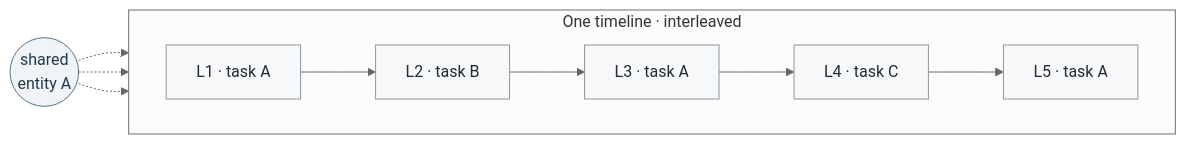
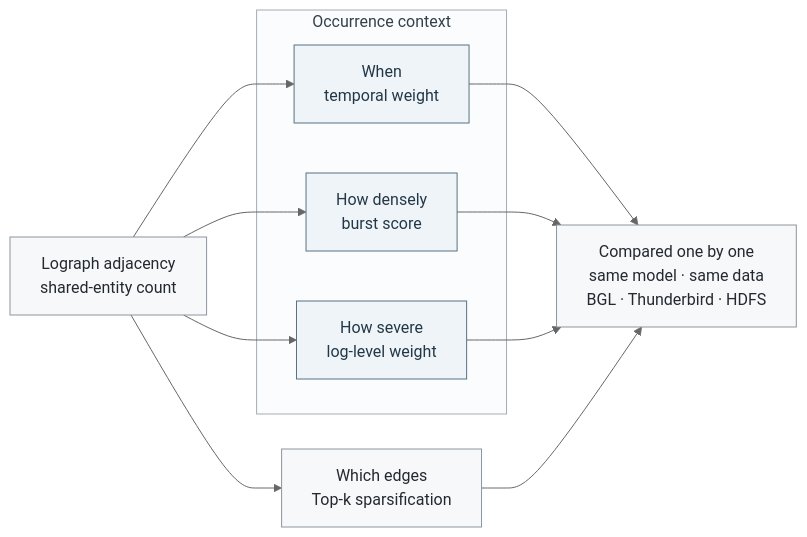
One commit to prosild/prosild changed the first of 2 diagrams in README.md. Above: the diagram before and after it, drawn with Mermaid (neutral theme). The commit also changed other lines of this file, not shown here.

````diff
--- a/README.md
+++ b/README.md
@@ -44,16 +48,30 @@
 ```mermaid
 flowchart LR
-    subgraph TL["One timeline · interleaved"]
-        direction LR
-        L1["L1 · task A"] --> L2["L2 · task B"] --> L3["L3 · task A"] --> L4["L4 · task C"] --> L5["L5 · task A"]
+    A["Lograph adjacency<br/>shared-entity count"]
+
+    subgraph C["Occurrence context"]
+        T["When<br/>temporal weight"]
+        B["How densely<br/>burst score"]
+        L["How severe<br/>log-level weight"]
     end
-    E(("shared<br/>entity A"))
-    E -.-> L1
-    E -.-> L3
-    E -.-> L5
 
-    classDef log fill:#f6f8fa,stroke:#8c959f,color:#24292f;
-    classDef ent fill:#eef4f7,stroke:#587384,color:#243746;
-    class L1,L2,L3,L4,L5 log;
-    class E ent;
+    K["Which edges<br/>Top-k sparsification"]
+
+    A --> T
+    A --> B
+    A --> L
+    A --> K
+
+    T --> E
+    B --> E
+    L --> E
+    K --> E
+
+    E["Compared one by one<br/>same model · same data<br/>BGL · Thunderbird · HDFS"]
+
+    classDef base fill:#f6f8fa,stroke:#8c959f,color:#24292f;
+    classDef ctx fill:#eef4f7,stroke:#587384,color:#243746;
+    class A,E,K base;
+    class T,B,L ctx;
+    style C fill:#fbfcfd,stroke:#a3adb5,color:#34404a;
 ```
````
